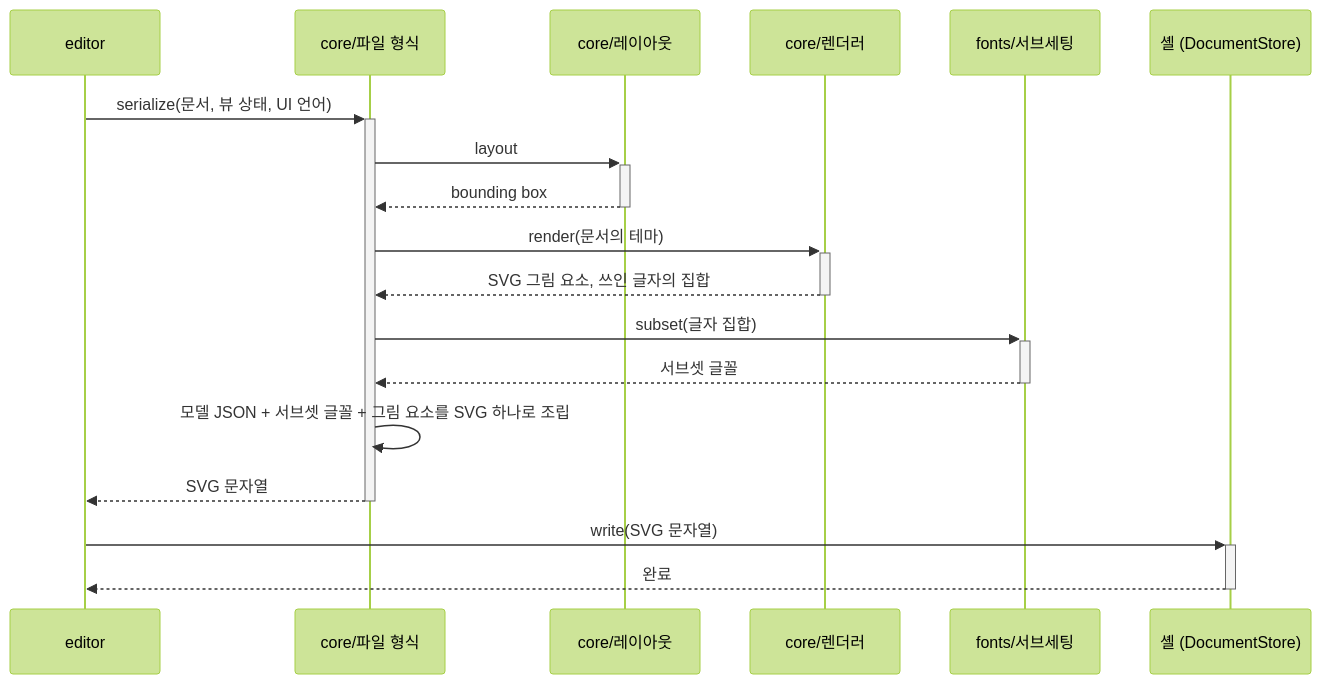
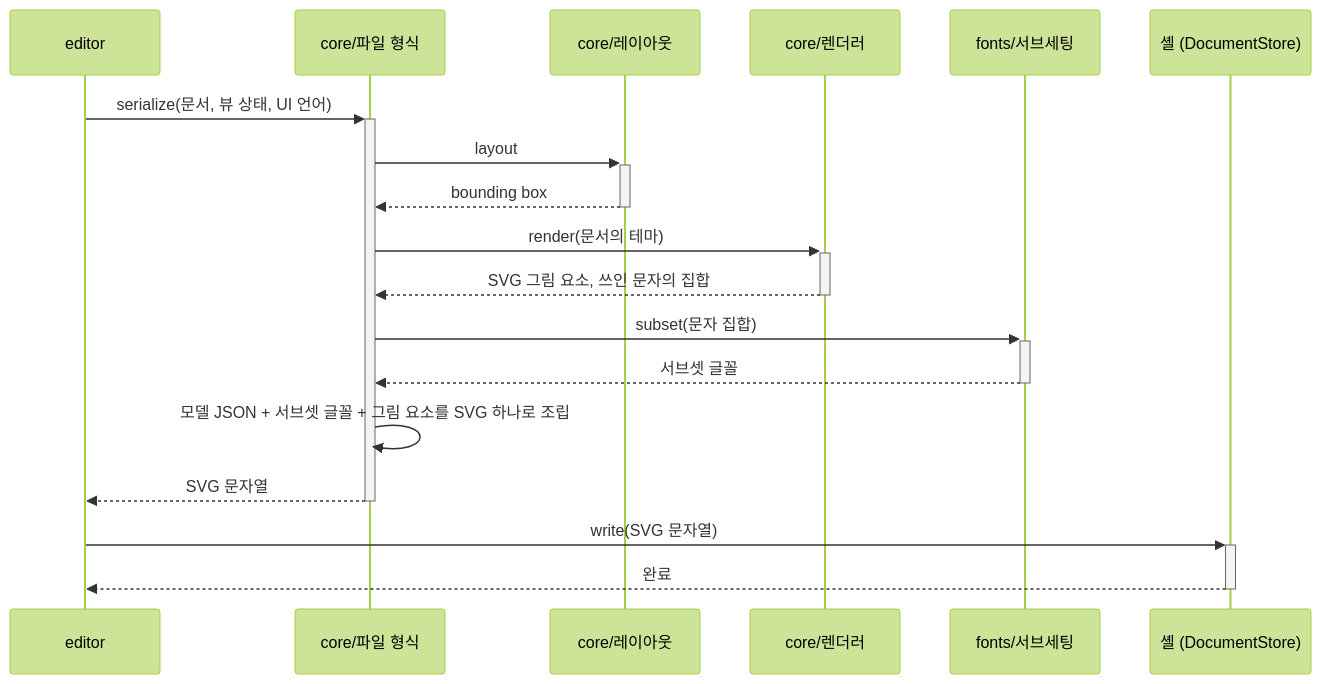
Before and after one commit to reddiana/AriadneNSD: the sixth of 6 diagrams in docs/03-architecture/03-architecture.md, drawn with Mermaid (forest theme). The commit also changed other lines of this file and 1 other file, not shown here.

````diff
--- a/docs/03-architecture/03-architecture.md
+++ b/docs/03-architecture/03-architecture.md
@@ -334,20 +334,20 @@
 ```mermaid
 sequenceDiagram
     participant E as editor
     participant F as core/파일 형식
     participant L as core/레이아웃
     participant R as core/렌더러
     participant T as fonts/서브세팅
     participant S as 셸 (DocumentStore)
     E->>+F: serialize(문서, 뷰 상태, UI 언어)
     F->>+L: layout
     L-->>-F: bounding box
     F->>+R: render(문서의 테마)
-    R-->>-F: SVG 그림 요소, 쓰인 글자의 집합
-    F->>+T: subset(글자 집합)
+    R-->>-F: SVG 그림 요소, 쓰인 문자의 집합
+    F->>+T: subset(문자 집합)
     T-->>-F: 서브셋 글꼴
     F->>F: 모델 JSON + 서브셋 글꼴 + 그림 요소를 SVG 하나로 조립
     F-->>-E: SVG 문자열
     E->>+S: write(SVG 문자열)
     S-->>-E: 완료
 ```
````
